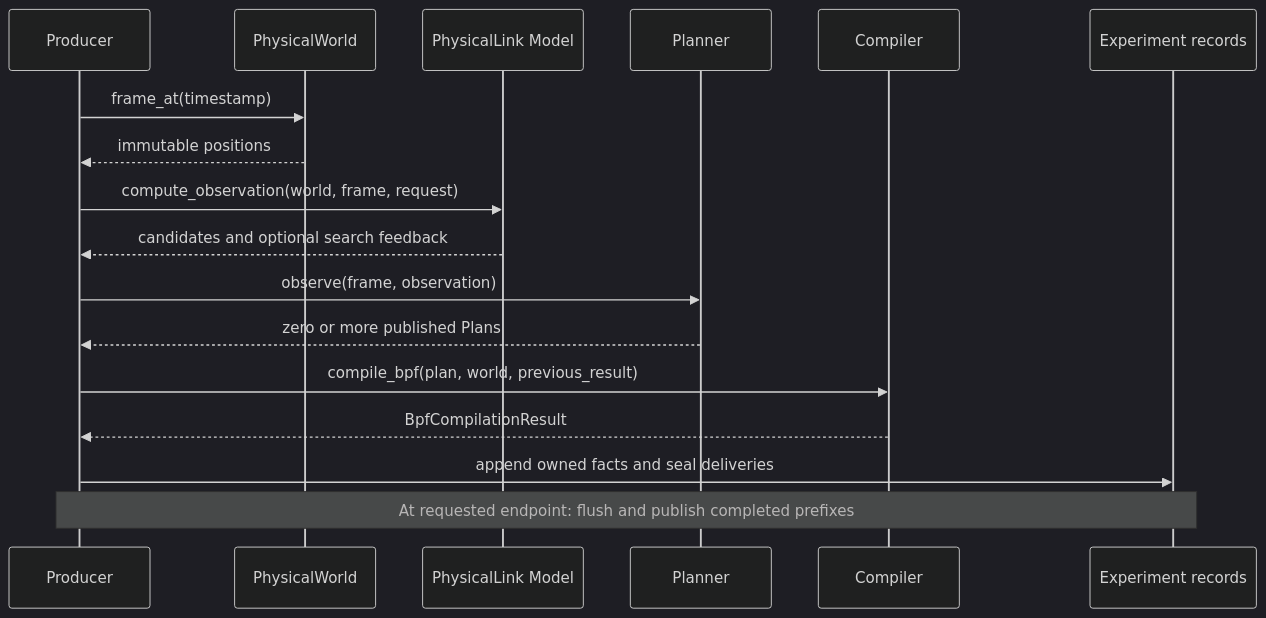
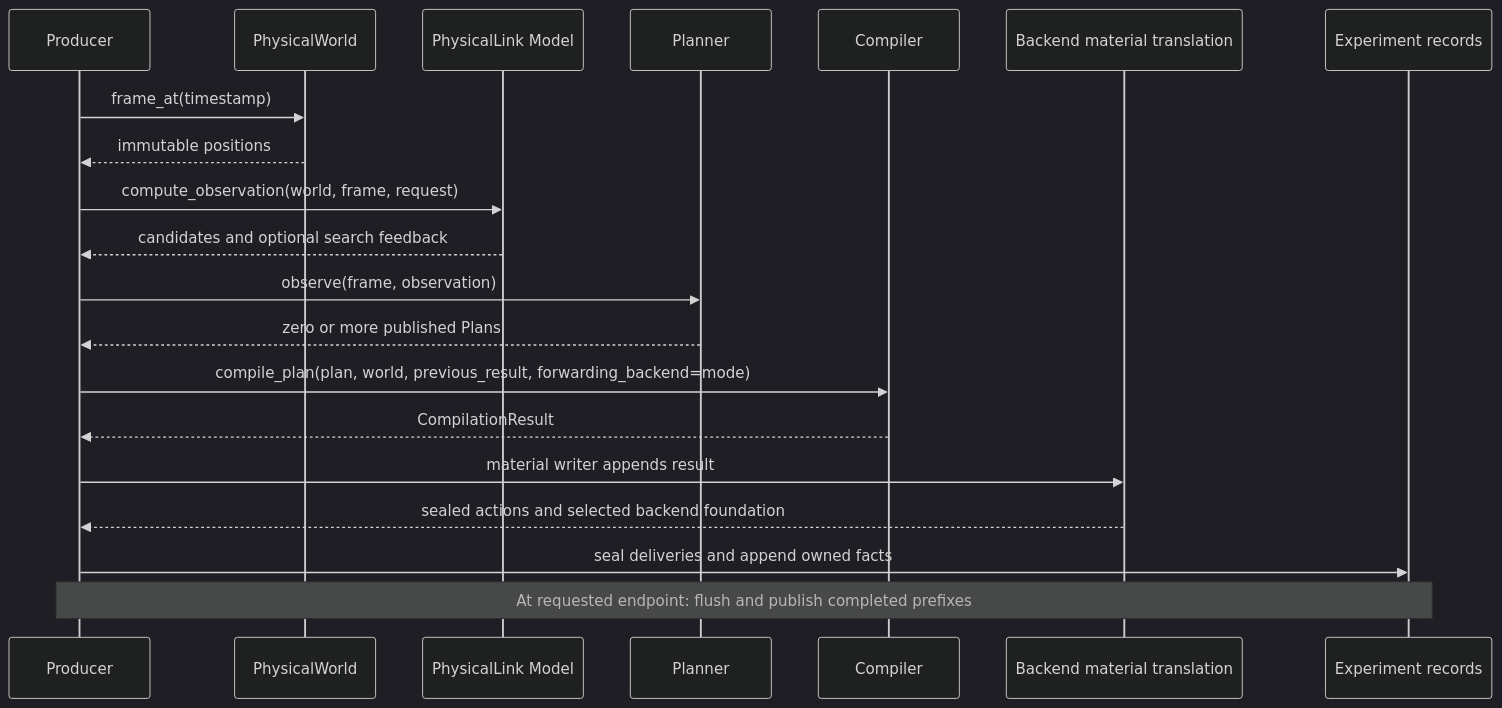
The diagram in skyseed_v2/docs/architecture/calculation.md (seed-labs/skyseed), drawn with Mermaid (dark theme) before and after one commit. The commit also changed other lines of this file and 404 other files, not shown here.

````diff
--- a/skyseed_v2/docs/architecture/calculation.md
+++ b/skyseed_v2/docs/architecture/calculation.md
@@ -44,19 +44,22 @@
 ```mermaid
 sequenceDiagram
   participant P as Producer
   participant W as PhysicalWorld
   participant L as PhysicalLink Model
   participant N as Planner
   participant C as Compiler
+  participant T as Backend material translation
   participant O as Experiment records
   P->>W: frame_at(timestamp)
   W-->>P: immutable positions
   P->>L: compute_observation(world, frame, request)
   L-->>P: candidates and optional search feedback
   P->>N: observe(frame, observation)
   N-->>P: zero or more published Plans
-  P->>C: compile_bpf(plan, world, previous_result)
-  C-->>P: BpfCompilationResult
-  P->>O: append owned facts and seal deliveries
+  P->>C: compile_plan(plan, world, previous_result, forwarding_backend=mode)
+  C-->>P: CompilationResult
+  P->>T: material writer appends result
+  T-->>P: sealed actions and selected backend foundation
+  P->>O: seal deliveries and append owned facts
   Note over P,O: At requested endpoint: flush and publish completed prefixes
 ```
````
